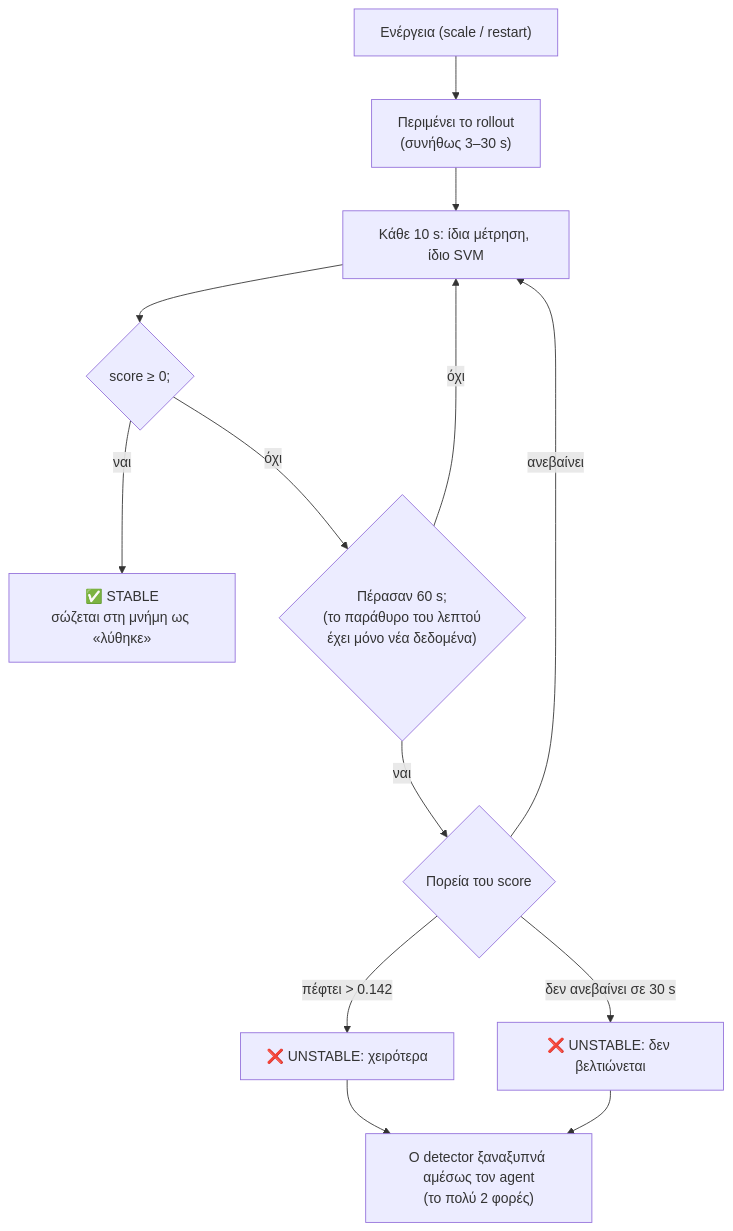
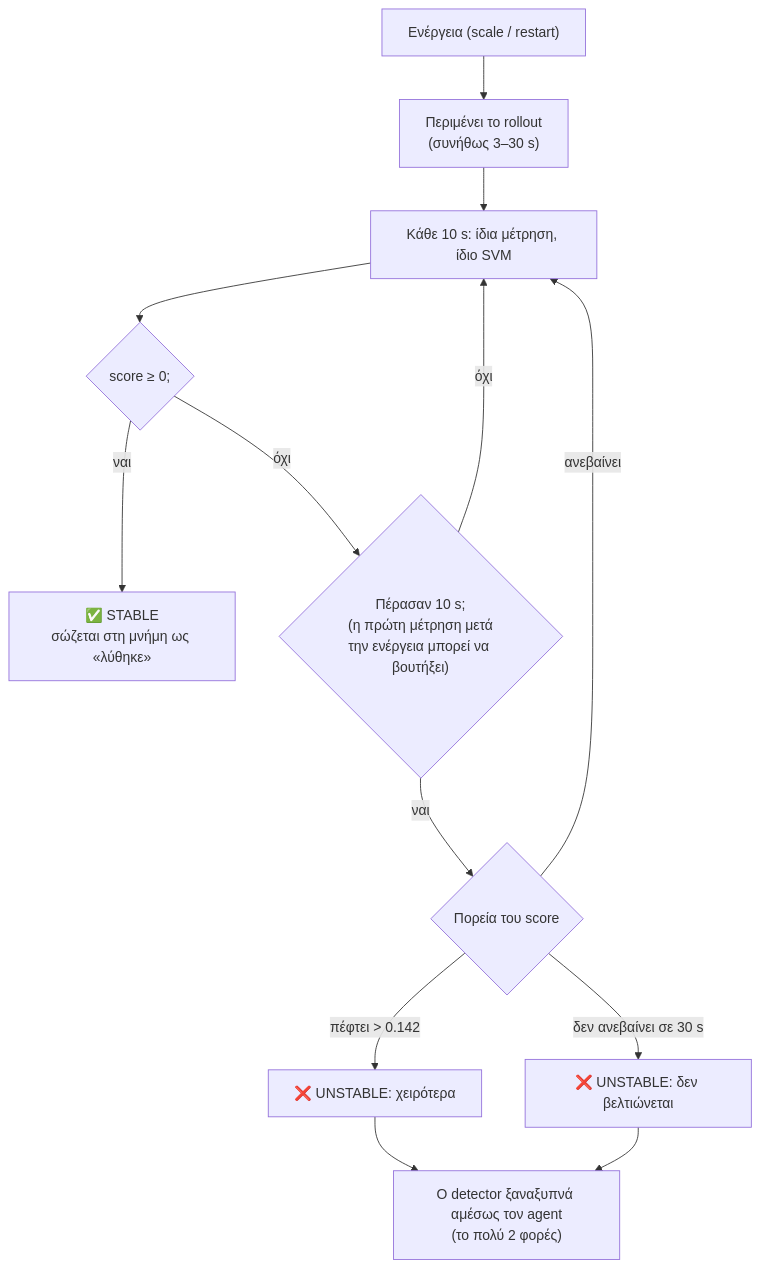
The fifth of 7 diagrams in thesis_notes/presentation.md (Ichalvatz/Autonomous-System-Resource-Management-Using-Multi-Agent-Systems), drawn with Mermaid before and after one commit. The commit also changed other lines of this file and 9 other files, not shown here.

````diff
--- a/thesis_notes/presentation.md
+++ b/thesis_notes/presentation.md
@@ -160,15 +162,15 @@
 ```mermaid
 flowchart TD
     A["Ενέργεια (scale / restart)"] --> RO["Περιμένει το rollout<br/>(συνήθως 3–30 s)"]
     RO --> M["Κάθε 10 s: ίδια μέτρηση, ίδιο SVM"]
     M --> H{"score ≥ 0;"}
     H -->|ναι| OK["✅ STABLE<br/>σώζεται στη μνήμη ως «λύθηκε»"]
-    H -->|όχι| E{"Πέρασαν 60 s;<br/>(το παράθυρο του λεπτού<br/>έχει μόνο νέα δεδομένα)"}
+    H -->|όχι| E{"Πέρασαν 10 s;<br/>(η πρώτη μέτρηση μετά<br/>την ενέργεια μπορεί να βουτήξει)"}
     E -->|όχι| M
     E -->|ναι| J{"Πορεία του score"}
     J -->|"πέφτει > 0.142"| UW["❌ UNSTABLE: χειρότερα"]
     J -->|"δεν ανεβαίνει σε 30 s"| UN["❌ UNSTABLE: δεν βελτιώνεται"]
     J -->|"ανεβαίνει"| M
     UW --> RW["Ο detector ξαναξυπνά αμέσως τον agent<br/>(το πολύ 2 φορές)"]
     UN --> RW
 ```
````
